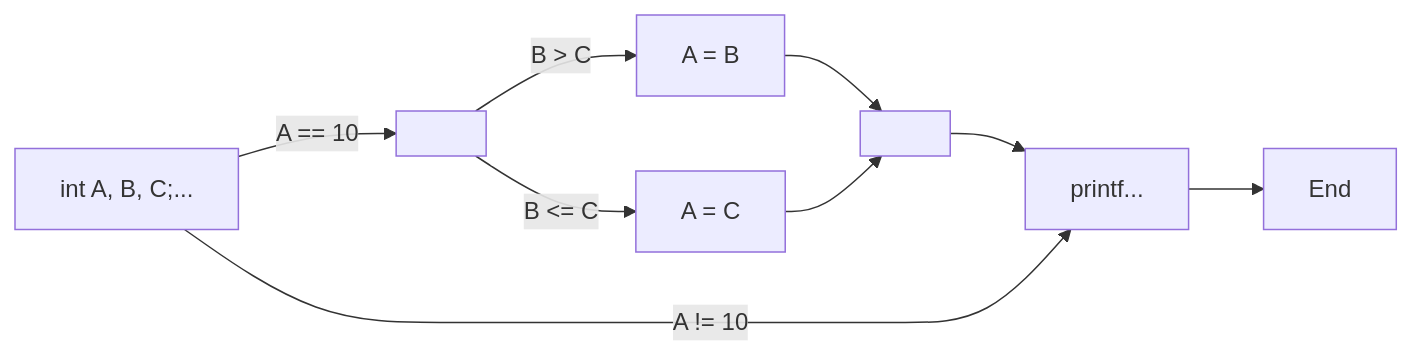
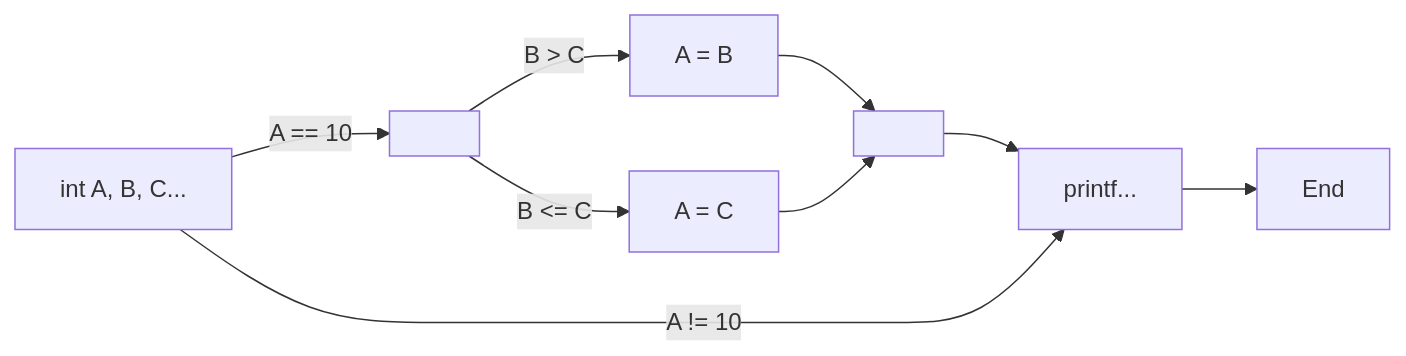
The first of 4 diagrams in 3_loop/3_loop.md (UCAS-CTF/Coding), drawn with Mermaid before and after one commit. The commit also changed other lines of this file, not shown here.

````diff
--- a/3_loop/3_loop.md
+++ b/3_loop/3_loop.md
@@ -162,11 +162,11 @@
 ```mermaid
 graph LR;
-A[int A, B, C;...] -->|A == 10| B[ ]
+A[int A, B, C...] -->|A == 10| B[ ]
 B -->|B > C| C[A = B]
 B -->|B <= C| D[A = C]
 C --> E[ ]
 D --> E
 E --> F[printf...]
 A -->|A != 10| F
 F --> G[End]
 ```
````
